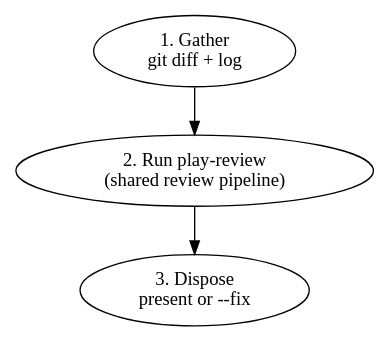
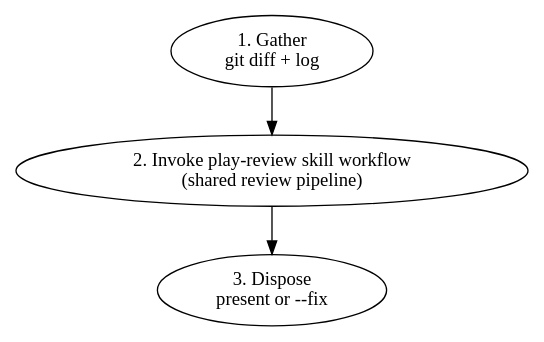
Before and after one commit to ryumiel/devcanon: the diagram in skills/branch-review/SKILL.md, drawn with Graphviz. The commit also changed other lines of this file, not shown here.

Commit message:
fix(skills): clarify branch-review handoff

````diff
--- a/skills/branch-review/SKILL.md
+++ b/skills/branch-review/SKILL.md
@@ -13,10 +13,10 @@
 ```dot
 digraph branch_review {
   rankdir=TB;
   gather [label="1. Gather\ngit diff + log"];
-  delegate [label="2. Run play-review\n(shared review pipeline)"];
+  delegate [label="2. Invoke play-review skill workflow\n(shared review pipeline)"];
   dispose [label="3. Dispose\npresent or --fix"];
 
   gather -> delegate -> dispose;
 }
 ```
````
